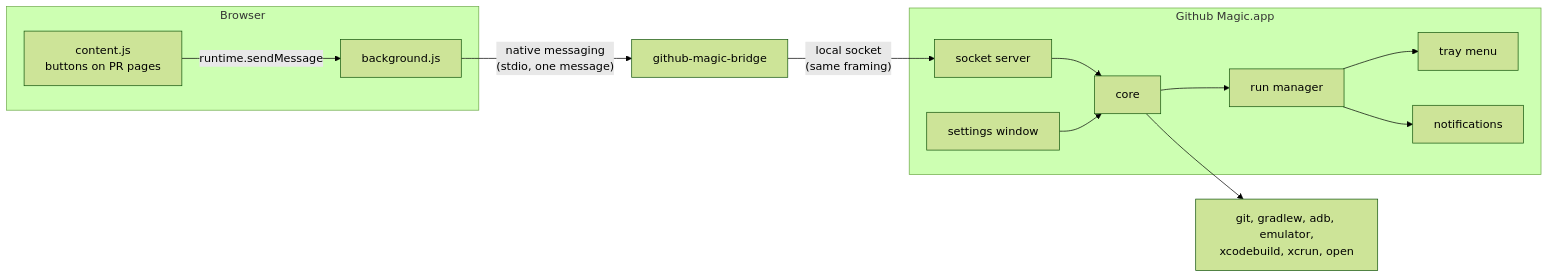
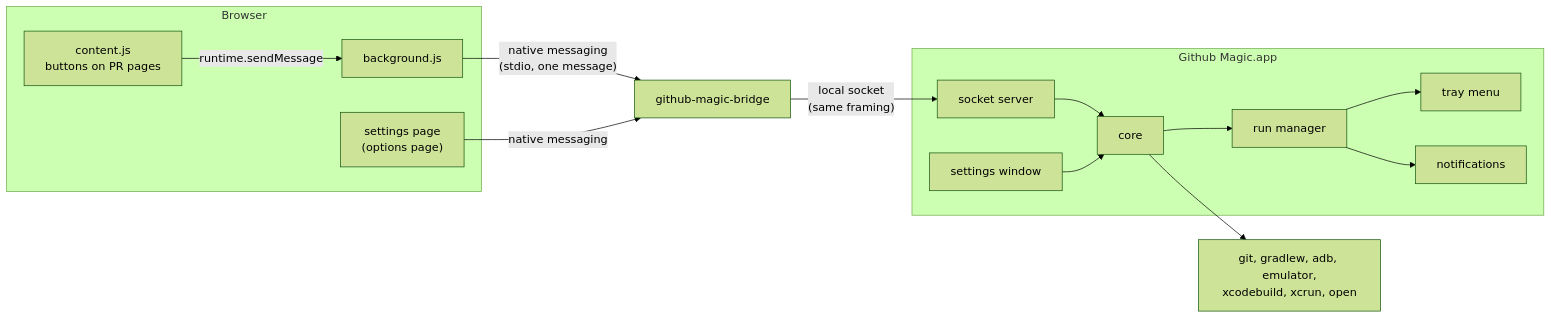
Before and after one commit to philippschumann/github-magic: the diagram in docs/desktop-app.md, drawn with Mermaid (forest theme). The commit also changed other lines of this file, not shown here.

Commit message:
Plan one settings page shared by the extension and the app (#3)

````diff
--- a/docs/desktop-app.md
+++ b/docs/desktop-app.md
@@ -26,16 +26,18 @@
 ```mermaid
 flowchart LR
   subgraph Browser
     CS["content.js<br/>buttons on PR pages"] -->|runtime.sendMessage| BG[background.js]
+    OPT["settings page<br/>(options page)"]
   end
   BG -->|"native messaging<br/>(stdio, one message)"| BR[github-magic-bridge]
+  OPT -->|native messaging| BR
   BR -->|"local socket<br/>(same framing)"| SRV
   subgraph APP["Github Magic.app"]
     SRV[socket server] --> CORE[core]
     CORE --> RUNS[run manager]
     RUNS --> TRAY[tray menu]
     RUNS --> NOTE[notifications]
     SET[settings window] --> CORE
   end
   CORE --> TOOLS["git, gradlew, adb, emulator,<br/>xcodebuild, xcrun, open"]
 ```
````
